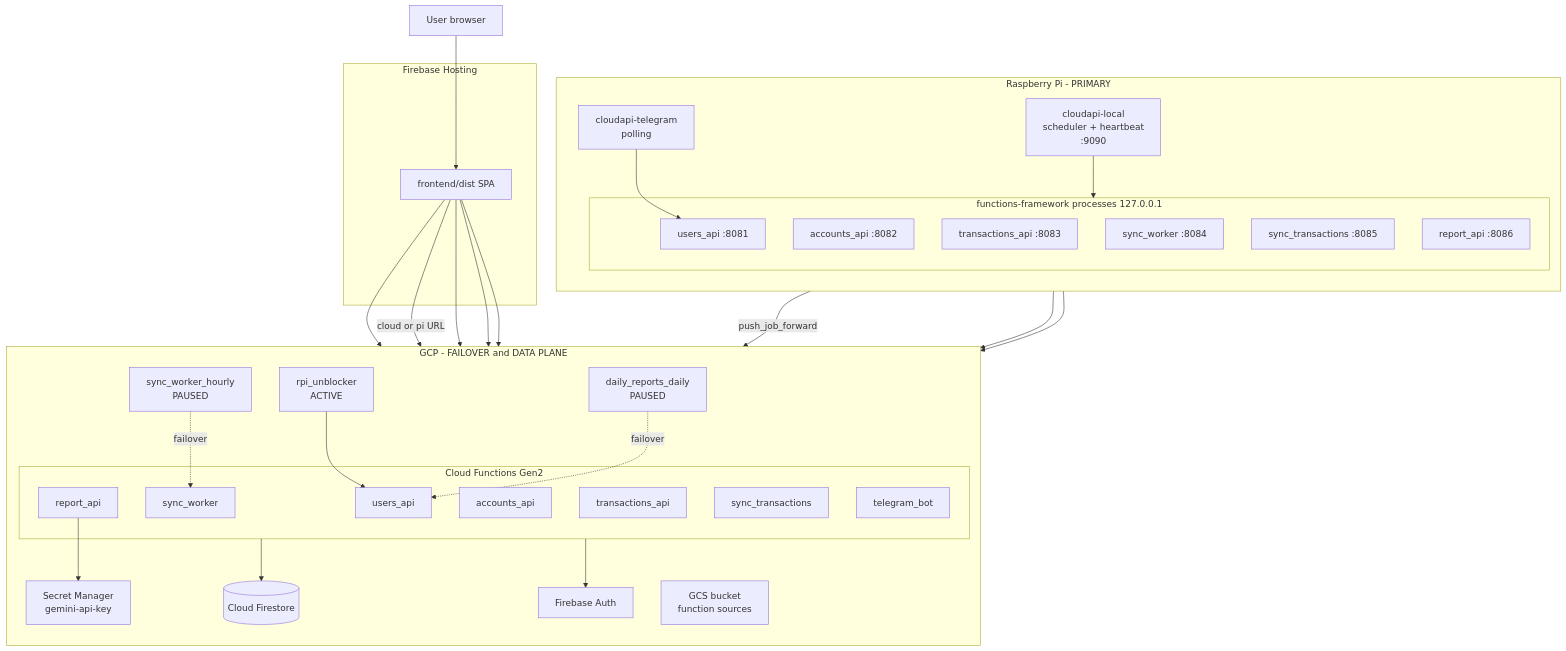
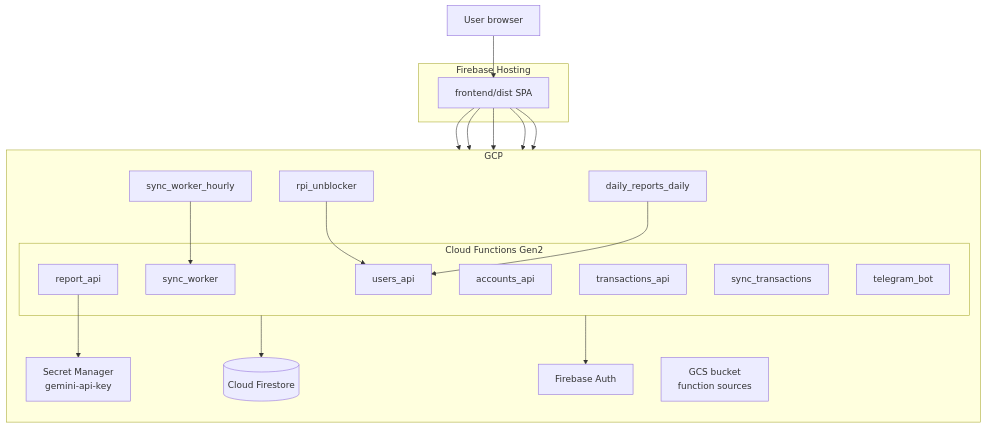
One commit to IuriiRR/MonoProjectCloud changed the seventh of 8 diagrams in docs/arc42.md. Above: the diagram before and after it, drawn with Mermaid. The commit also changed other lines of this file and 53 other files, not shown here.

First line of the commit message:
chore: remove local server (RPi mirror) — GCP-only runtime

````diff
--- a/docs/arc42.md
+++ b/docs/arc42.md
@@ -409,61 +369,41 @@
 ```mermaid
 flowchart TB
-  subgraph pi [Raspberry Pi - PRIMARY]
-    direction TB
-    subgraph piServices [functions-framework processes 127.0.0.1]
-      pUA[users_api :8081]
-      pAA[accounts_api :8082]
-      pTA[transactions_api :8083]
-      pSW[sync_worker :8084]
-      pST[sync_transactions :8085]
-      pRA[report_api :8086]
-    end
-    pSched[cloudapi-local<br/>scheduler + heartbeat<br/>:9090]
-    pTel[cloudapi-telegram<br/>polling]
-  end
-
-  subgraph gcp [GCP - FAILOVER and DATA PLANE]
+  subgraph gcp [GCP]
     direction TB
     subgraph cf [Cloud Functions Gen2]
       cUA[users_api]
       cAA[accounts_api]
       cTA[transactions_api]
       cRA[report_api]
       cSW[sync_worker]
       cST[sync_transactions]
       cTB[telegram_bot]
     end
     fs[(Cloud Firestore)]
     fa[Firebase Auth]
-    cSchedHourly[sync_worker_hourly<br/>PAUSED]
-    cSchedDaily[daily_reports_daily<br/>PAUSED]
-    cSchedUnblock[rpi_unblocker<br/>ACTIVE]
+    cSchedHourly[sync_worker_hourly]
+    cSchedDaily[daily_reports_daily]
+    cSchedUnblock[rpi_unblocker]
     sm[Secret Manager<br/>gemini-api-key]
     gcs[GCS bucket<br/>function sources]
   end
 
   subgraph host [Firebase Hosting]
     spa[frontend/dist SPA]
   end
 
   Browser[User browser] --> spa
   spa --> fa
-  spa -->|cloud or pi URL| cUA
+  spa --> cUA
   spa --> cAA
   spa --> cTA
   spa --> cRA
 
-  pSched --> piServices
-  pSched -->|push_job_forward| cSchedUnblock
-  pTel --> pUA
+  cSchedUnblock --> cUA
+  cSchedHourly --> cSW
+  cSchedDaily --> cUA
 
-  cSchedUnblock --> cUA
-  cSchedHourly -.failover.-> cSW
-  cSchedDaily -.failover.-> cUA
-
-  piServices --> fs
-  piServices --> fa
   cf --> fs
   cf --> fa
   cRA --> sm
 ```
````
